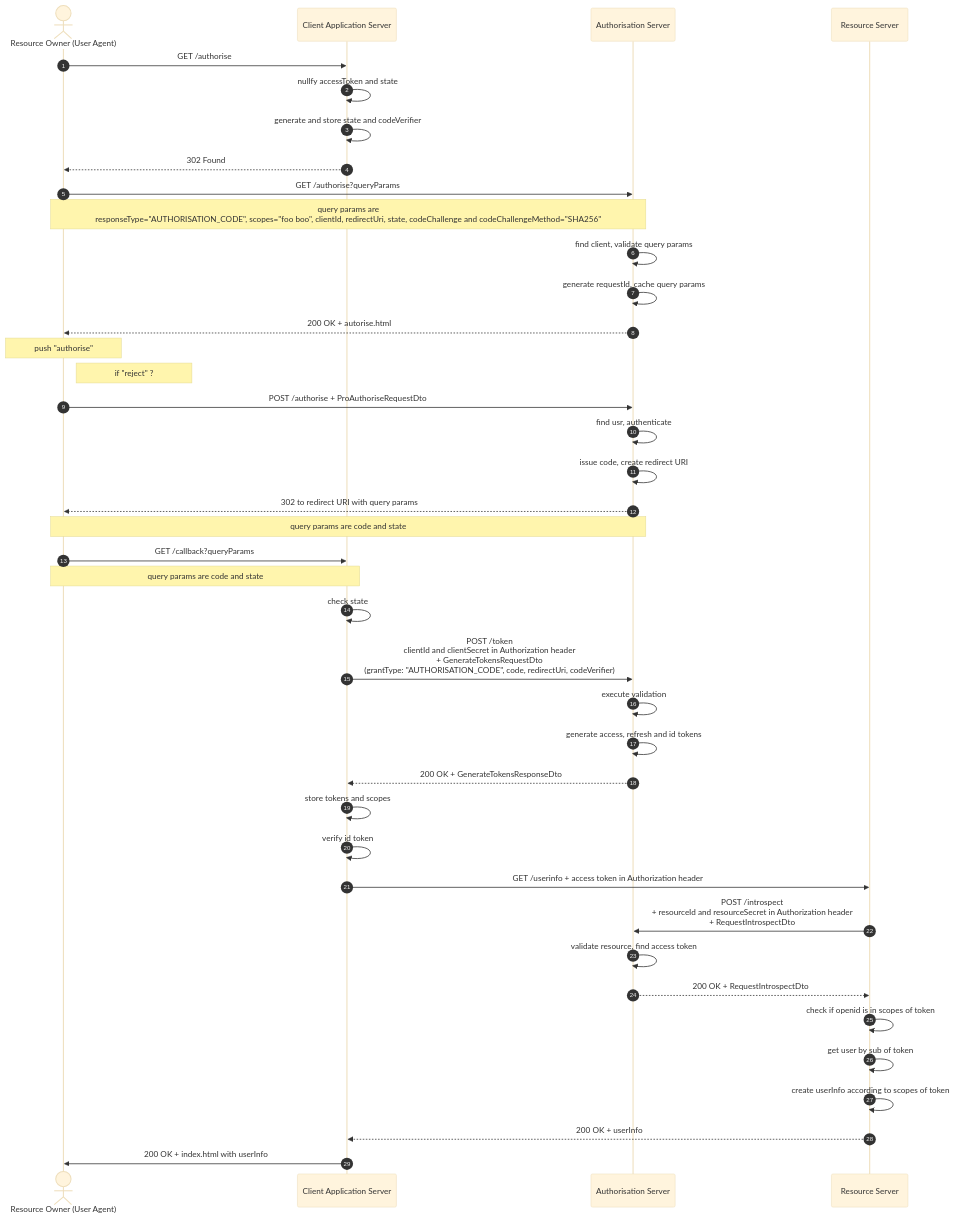
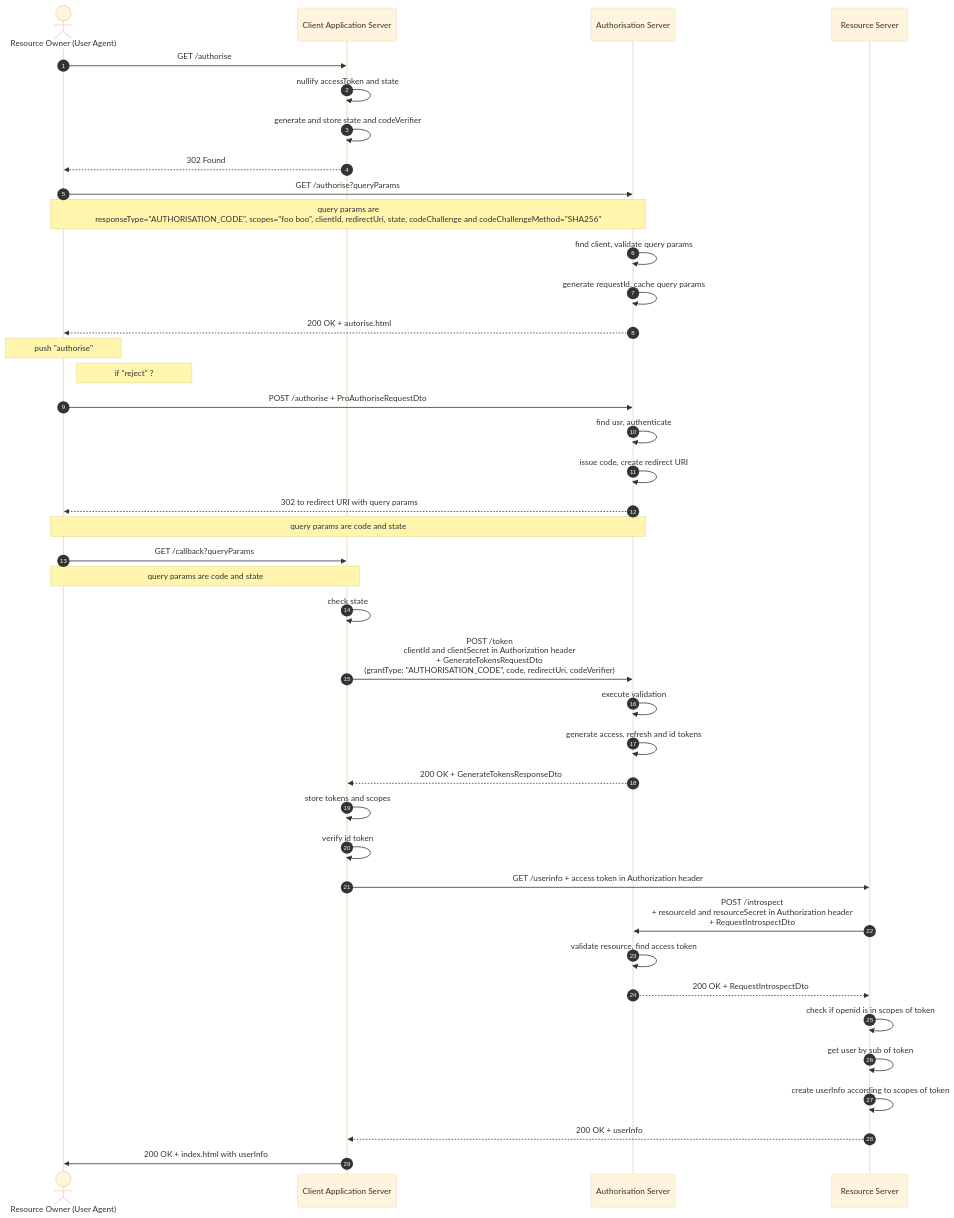
The diagram in docs/sequences/web_app/authorisation_code_flow.md (xyzsince2014/tokyomap-oauth), drawn with Mermaid (base theme) before and after one commit. The commit also changed 5 other files, not shown here.

Commit message:
corrected sequence diagrams

````diff
--- a/docs/sequences/web_app/authorisation_code_flow.md
+++ b/docs/sequences/web_app/authorisation_code_flow.md
@@ -1,46 +1,46 @@
 ```mermaid
 sequenceDiagram
 autonumber
 
 actor user as Resource Owner (User Agent)
 participant app as Client Application Server
 participant auth as Authorisation Server
 participant res as Resource Server
 
 user->>app: GET /authorise
-app->>app: nullfy accessToken and state
+app->>app: nullify accessToken and state
 app->>app: generate and store state and codeVerifier
 app-->>user: 302 Found
 user->>auth: GET /authorise?queryParams
 note over user, auth: query params are<br>responseType="AUTHORISATION_CODE", scopes="foo boo", clientId, redirectUri, state, codeChallenge and codeChallengeMethod="SHA256"
 auth->>auth: find client, validate query params
 auth->>auth: generate requestId, cache query params
 auth-->>user: 200 OK + autorise.html
 
 note over user: push "authorise"
 note right of user: if "reject" ?
 user->>auth: POST /authorise + ProAuthoriseRequestDto
 auth->>auth: find usr, authenticate
 auth->>auth: issue code, create redirect URI
 auth-->>user: 302 to redirect URI with query params
 note over user, auth: query params are code and state
 user->>app: GET /callback?queryParams
 note over user, app: query params are code and state
 app->>app: check state
 app->>auth: POST /token<br>clientId and clientSecret in Authorization header<br>+ GenerateTokensRequestDto<br>(grantType: "AUTHORISATION_CODE", code, redirectUri, codeVerifier)
 auth->>auth: execute validation
 auth->>auth: generate access, refresh and id tokens
 auth-->>app: 200 OK + GenerateTokensResponseDto
 app->>app: store tokens and scopes
 app->>app: verify id token
 app->>res: GET /userinfo + access token in Authorization header
 res->>auth: POST /introspect<br>+ resourceId and resourceSecret in Authorization header<br>+ RequestIntrospectDto
 auth->>auth: validate resource, find access token
 auth-->>res: 200 OK + RequestIntrospectDto
 res->>res: check if openid is in scopes of token
 res->>res: get user by sub of token
 res->>res: create userInfo according to scopes of token
 res-->>app: 200 OK + userInfo
 app->>user: 200 OK + index.html with userInfo
 
 ```
````
